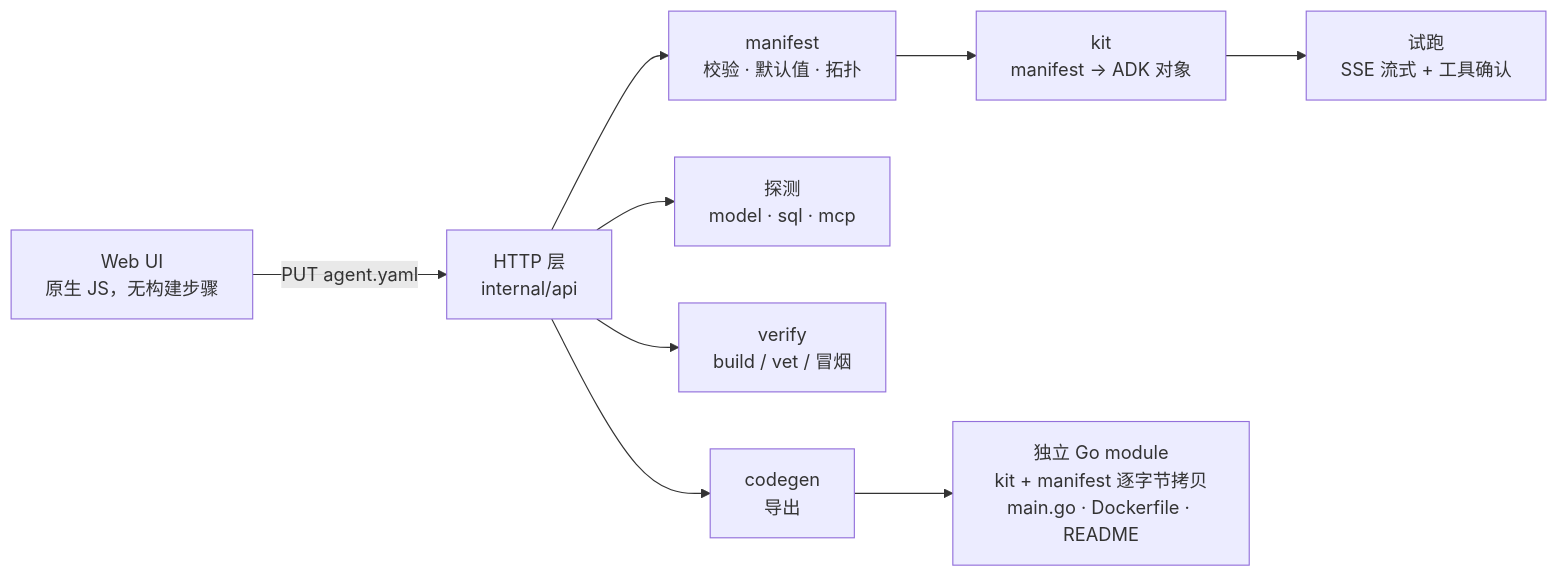
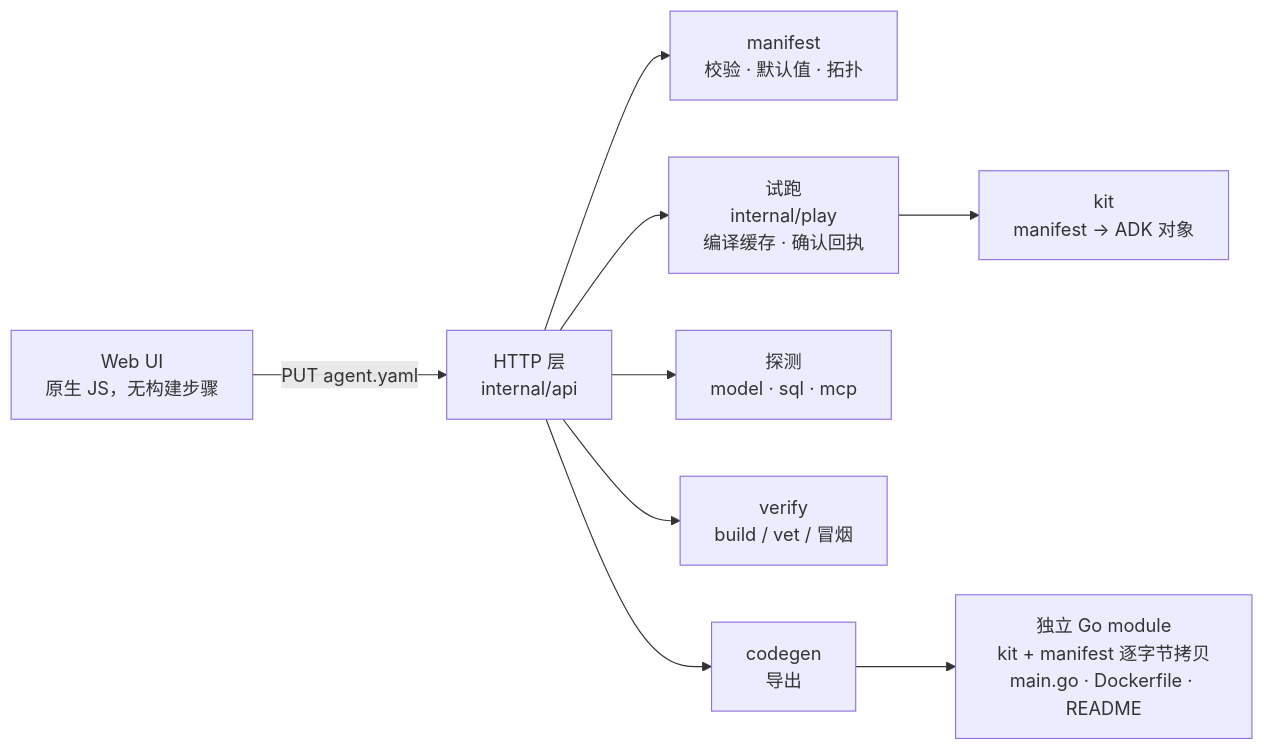
Before and after one commit to usherf233/adks: the diagram in README.md, drawn with Mermaid. The commit also changed other lines of this file and 18 other files, not shown here.

````diff
--- a/README.md
+++ b/README.md
@@ -42,11 +42,11 @@
 ```mermaid
 flowchart LR
     UI["Web UI<br/>原生 JS，无构建步骤"] -->|PUT agent.yaml| API["HTTP 层<br/>internal/api"]
     API --> VAL["manifest<br/>校验 · 默认值 · 拓扑"]
-    VAL --> KIT["kit<br/>manifest → ADK 对象"]
-    KIT --> PLAY["试跑<br/>SSE 流式 + 工具确认"]
+    API --> PLAY["试跑<br/>internal/play<br/>编译缓存 · 确认回执"]
+    PLAY --> KIT["kit<br/>manifest → ADK 对象"]
     API --> PROBE["探测<br/>model · sql · mcp"]
     API --> VER["verify<br/>build / vet / 冒烟"]
     API --> EXP["codegen<br/>导出"]
     EXP --> OUT["独立 Go module<br/>kit + manifest 逐字节拷贝<br/>main.go · Dockerfile · README"]
 ```
````
